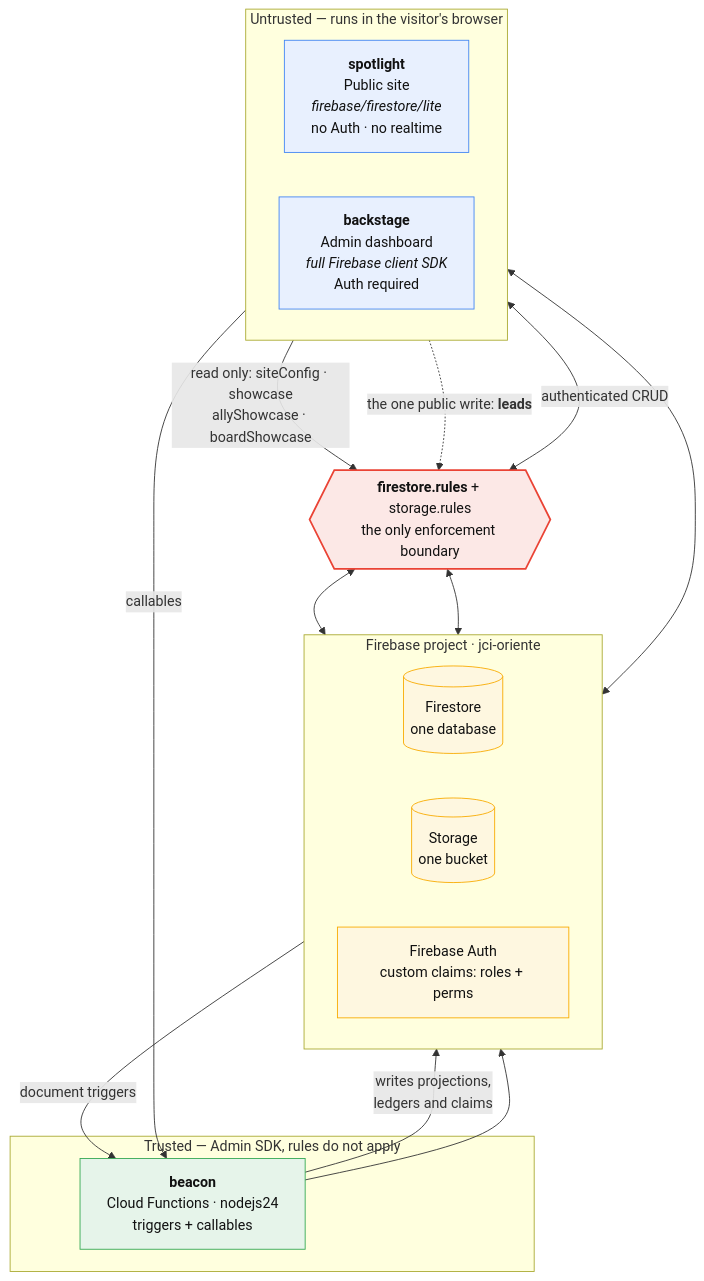
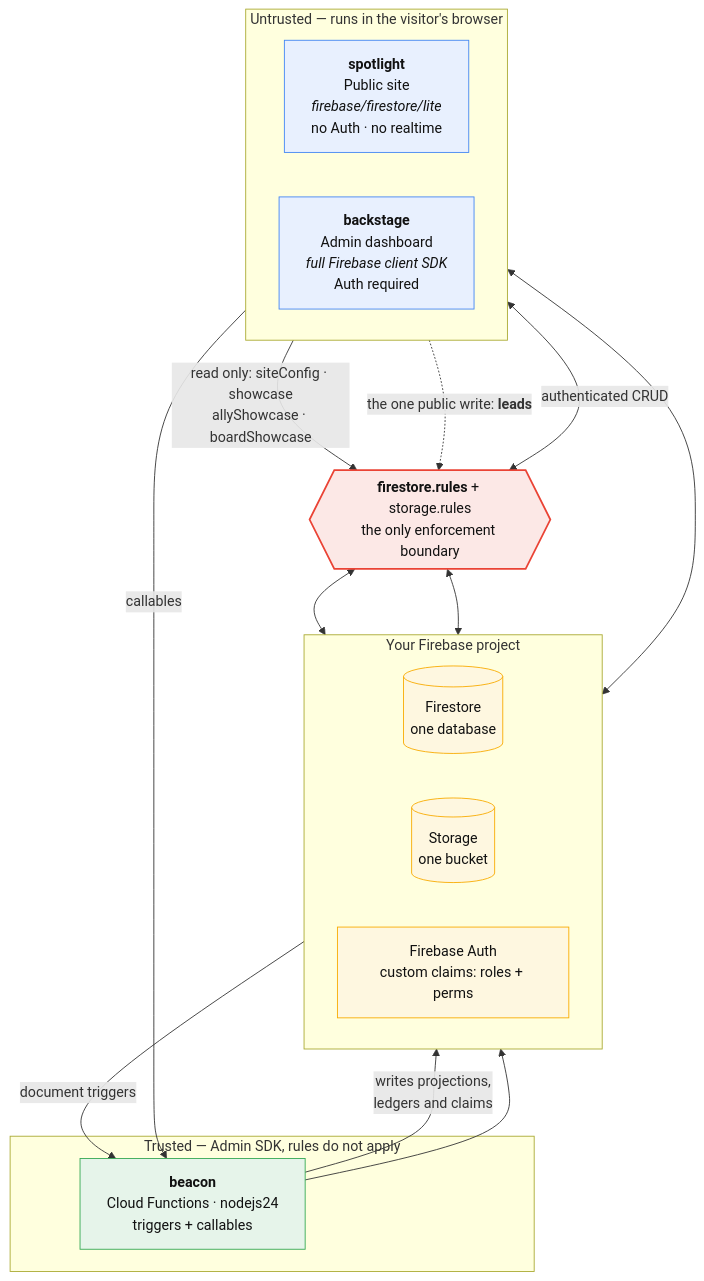
One commit to JCIOriente/luminova changed the diagram in docs/diagrams/container.mmd. Above: the diagram before and after it, drawn with Mermaid. The commit also changed 5 other files, not shown here.

```diff
--- a/docs/diagrams/container.mmd
+++ b/docs/diagrams/container.mmd
@@ -1,47 +1,47 @@
-%% Luminova / JCI Oriente — container diagram
+%% Luminova — container diagram
 %% The split is the trust boundary: everything above the rules membrane runs in a
 %% browser the chapter does not control. Everything below runs with the Admin SDK
 %% and bypasses rules entirely.
 %% Source of truth: docs/architecture.md
 
 flowchart TB
     subgraph untrusted["Untrusted — runs in the visitor's browser"]
         direction LR
         spotlight["<b>spotlight</b><br/>Public site<br/><i>firebase/firestore/lite</i><br/>no Auth · no realtime"]
         backstage["<b>backstage</b><br/>Admin dashboard<br/><i>full Firebase client SDK</i><br/>Auth required"]
     end
 
     rules{{"<b>firestore.rules</b> + storage.rules<br/>the only enforcement boundary"}}
 
-    subgraph data["Firebase project · jci-oriente"]
+    subgraph data["Your Firebase project"]
         direction LR
         firestore[("Firestore<br/>one database")]
         storage[("Storage<br/>one bucket")]
         fbauth["Firebase Auth<br/>custom claims: roles + perms"]
     end
 
     subgraph trusted["Trusted — Admin SDK, rules do not apply"]
         beacon["<b>beacon</b><br/>Cloud Functions · nodejs24<br/>triggers + callables"]
     end
 
     spotlight -->|"read only: siteConfig · showcase<br/>allyShowcase · boardShowcase"| rules
     spotlight -.->|"the one public write: <b>leads</b>"| rules
     backstage <-->|"authenticated CRUD"| rules
 
     rules <--> firestore
     rules <--> storage
     backstage <--> fbauth
 
     firestore -->|"document triggers"| beacon
     backstage -->|"callables"| beacon
     beacon -->|"writes projections,<br/>ledgers and claims"| firestore
     beacon --> fbauth
 
     classDef client fill:#e8f0fe,stroke:#4285f4,stroke-width:1px,color:#111
     classDef server fill:#e6f4ea,stroke:#34a853,stroke-width:1px,color:#111
     classDef store fill:#fef7e0,stroke:#f9ab00,stroke-width:1px,color:#111
     classDef boundary fill:#fce8e6,stroke:#ea4335,stroke-width:2px,color:#111
     class spotlight,backstage client
     class beacon server
     class firestore,storage,fbauth store
     class rules boundary
```
